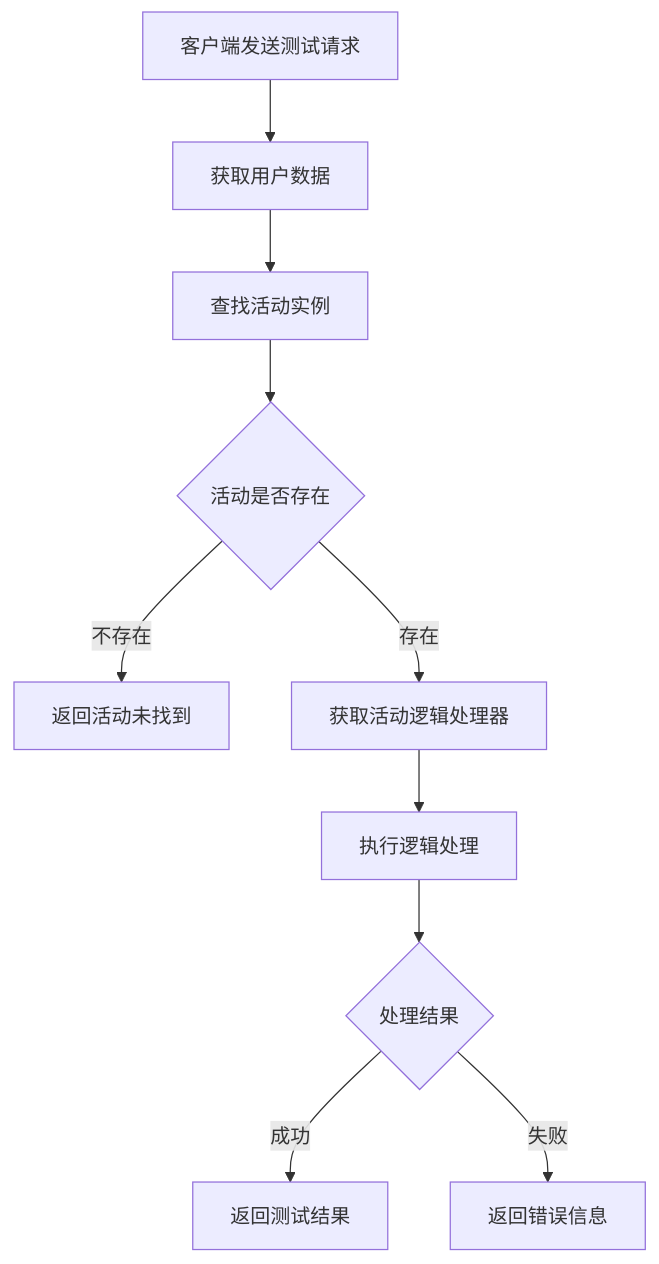
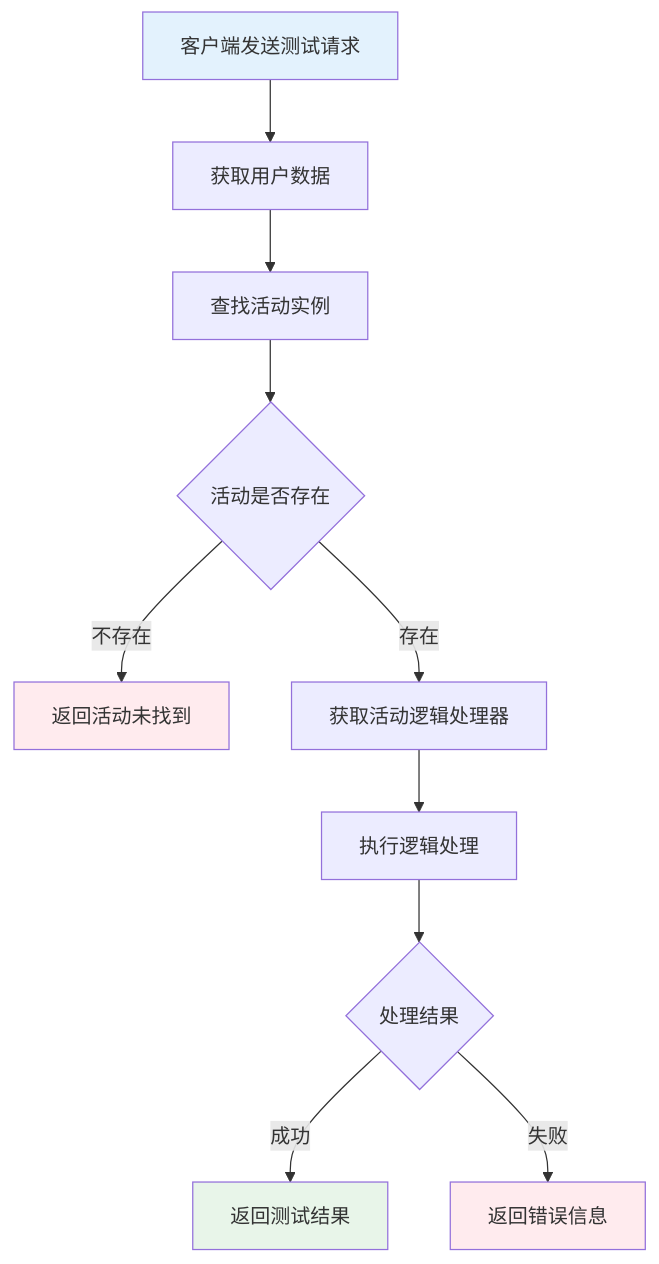
One commit to Alan-Ben/k2c_game_framework changed the third of 7 diagrams in docs/Module_FristTeamActivity/05_完整说明.md. Above: the diagram before and after it, drawn with Mermaid. The commit also changed other lines of this file and 10 other files, not shown here.

````diff
--- a/docs/Module_FristTeamActivity/05_完整说明.md
+++ b/docs/Module_FristTeamActivity/05_完整说明.md
@@ -38,12 +89,17 @@
 ```mermaid
 flowchart TD
     A[客户端发送测试请求] --> B[获取用户数据]
     B --> C[查找活动实例]
     C --> D{活动是否存在}
     D -->|不存在| E[返回活动未找到]
     D -->|存在| F[获取活动逻辑处理器]
     F --> G[执行逻辑处理]
     G --> H{处理结果}
     H -->|成功| I[返回测试结果]
     H -->|失败| J[返回错误信息]
+
+    style A fill:#e3f2fd
+    style I fill:#e8f5e9
+    style E fill:#ffebee
+    style J fill:#ffebee
 ```
````
